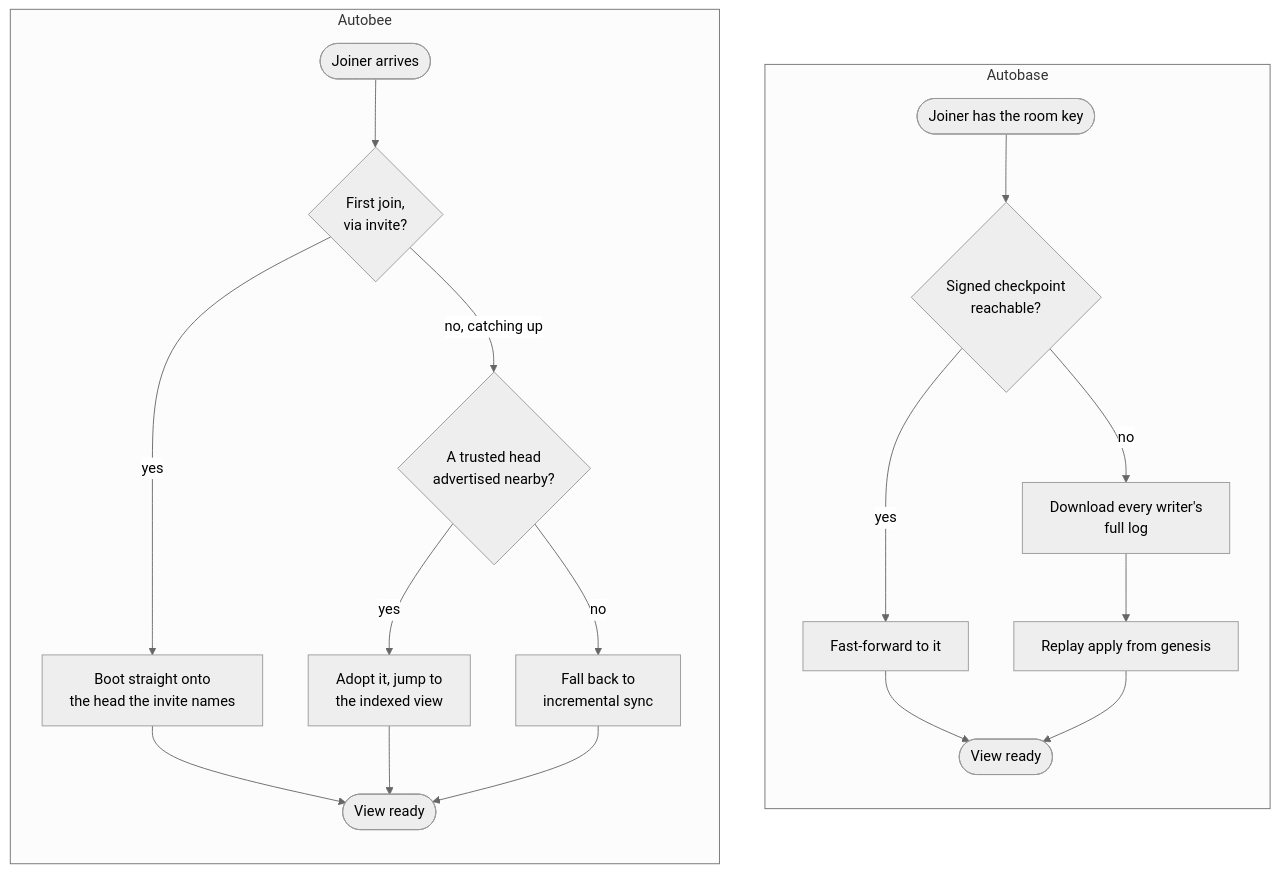
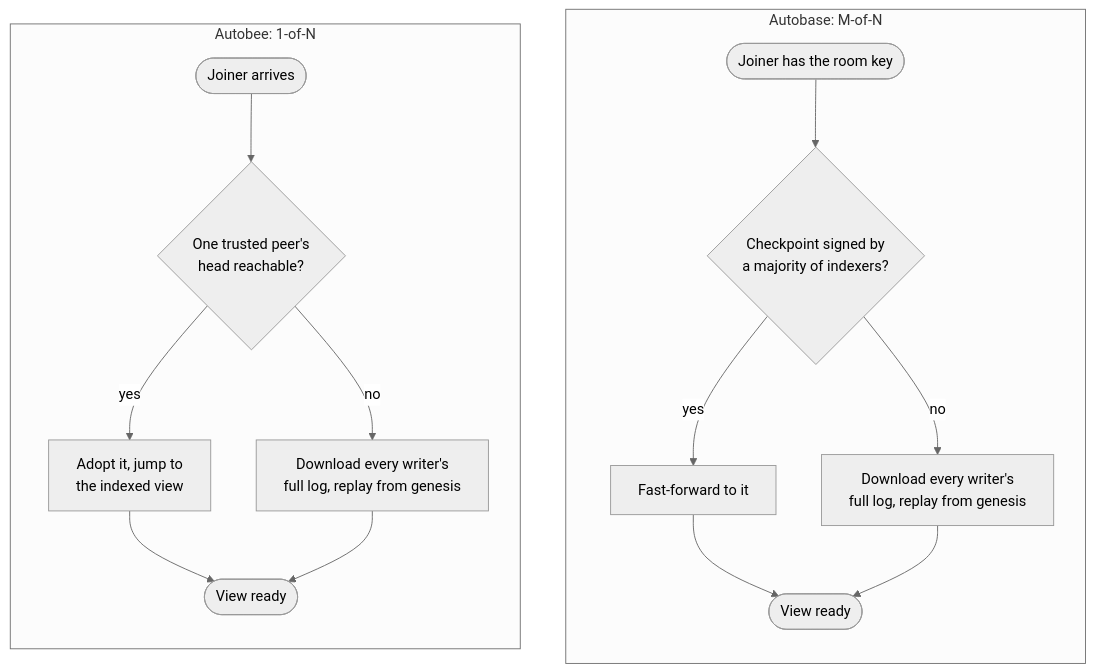
Before and after one commit to tetherto/keet-support-docs: the second of 2 diagrams in drafts/autobee-technical-deep-dive.md, drawn with Mermaid (neutral theme). The commit also changed other lines of this file, not shown here.

First line of the commit message:
docs: address autobee draft review feedback

````diff
--- a/drafts/autobee-technical-deep-dive.md
+++ b/drafts/autobee-technical-deep-dive.md
@@ -54,23 +47,19 @@
 ```mermaid
 flowchart TD
-    subgraph AB["Autobase"]
+    subgraph AB["Autobase: M-of-N"]
         direction TB
-        ab0(["Joiner has the room key"]) --> ab1{"Signed checkpoint<br/>reachable?"}
+        ab0(["Joiner has the room key"]) --> ab1{"Checkpoint signed by<br/>a majority of indexers?"}
         ab1 -- yes --> ab2["Fast-forward to it"]
-        ab1 -- no --> ab3["Download every writer's<br/>full log"]
-        ab3 --> ab4["Replay apply from genesis"]
-        ab2 --> ab5(["View ready"])
-        ab4 --> ab5
+        ab1 -- no --> ab3["Download every writer's<br/>full log, replay from genesis"]
+        ab2 --> ab4(["View ready"])
+        ab3 --> ab4
     end
-    subgraph AE["Autobee"]
+    subgraph AE["Autobee: 1-of-N"]
         direction TB
-        ae0(["Joiner arrives"]) --> ae1{"First join,<br/>via invite?"}
-        ae1 -- yes --> ae2["Boot straight onto<br/>the head the invite names"]
-        ae1 -- no, catching up --> ae3{"A trusted head<br/>advertised nearby?"}
-        ae3 -- yes --> ae4["Adopt it, jump to<br/>the indexed view"]
-        ae3 -- no --> ae5["Fall back to<br/>incremental sync"]
-        ae2 --> ae6(["View ready"])
-        ae4 --> ae6
-        ae5 --> ae6
+        ae0(["Joiner arrives"]) --> ae1{"One trusted peer's<br/>head reachable?"}
+        ae1 -- yes --> ae2["Adopt it, jump to<br/>the indexed view"]
+        ae1 -- no --> ae3["Download every writer's<br/>full log, replay from genesis"]
+        ae2 --> ae4(["View ready"])
+        ae3 --> ae4
     end
 ```
````
